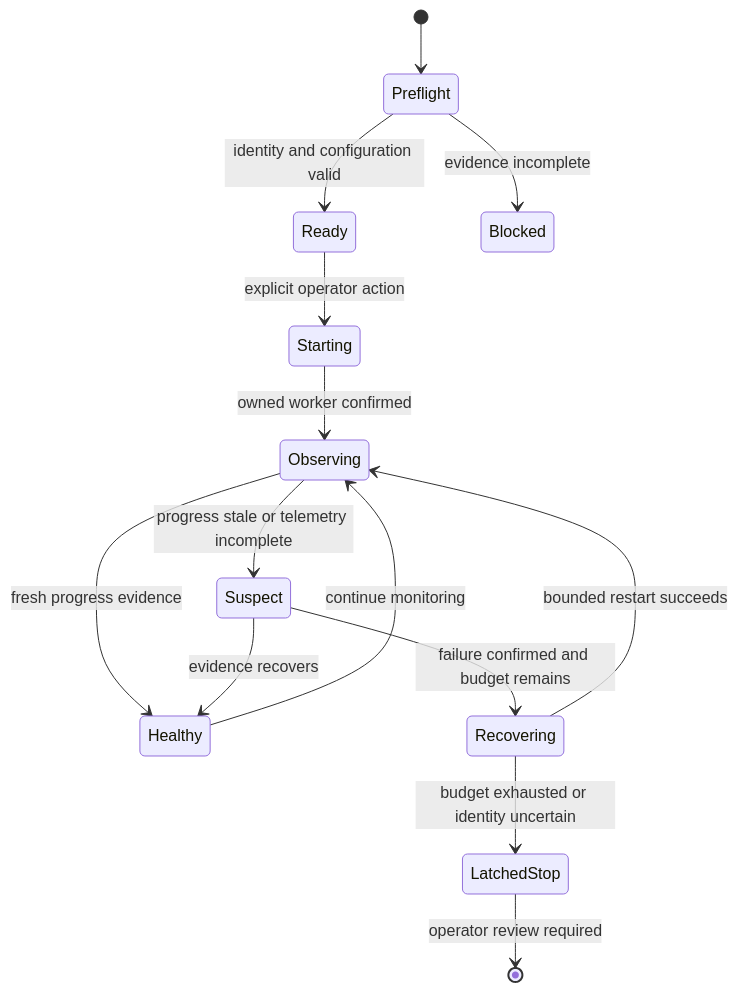
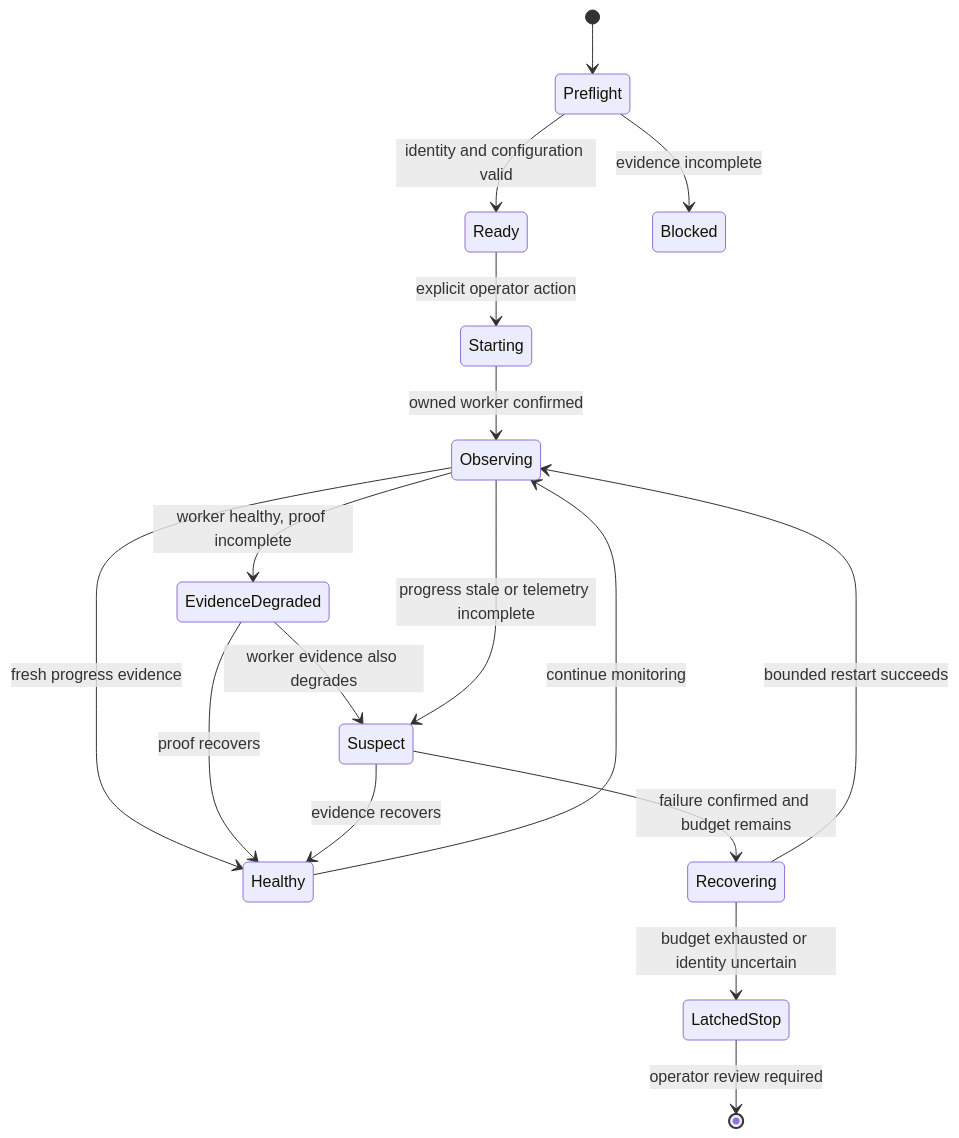
Before and after one commit to Jnapier2/automation-reliability-case-studies: the diagram in docs/gpu-mining-readiness.md, drawn with Mermaid. The commit also changed other lines of this file and 5 other files, not shown here.

````diff
--- a/docs/gpu-mining-readiness.md
+++ b/docs/gpu-mining-readiness.md
@@ -40,16 +51,19 @@
 ```mermaid
 stateDiagram-v2
     [*] --> Preflight
     Preflight --> Ready: identity and configuration valid
     Preflight --> Blocked: evidence incomplete
     Ready --> Starting: explicit operator action
     Starting --> Observing: owned worker confirmed
     Observing --> Healthy: fresh progress evidence
+    Observing --> EvidenceDegraded: worker healthy, proof incomplete
+    EvidenceDegraded --> Healthy: proof recovers
+    EvidenceDegraded --> Suspect: worker evidence also degrades
     Observing --> Suspect: progress stale or telemetry incomplete
     Suspect --> Healthy: evidence recovers
     Suspect --> Recovering: failure confirmed and budget remains
     Recovering --> Observing: bounded restart succeeds
     Recovering --> LatchedStop: budget exhausted or identity uncertain
     Healthy --> Observing: continue monitoring
     LatchedStop --> [*]: operator review required
 ```
````
